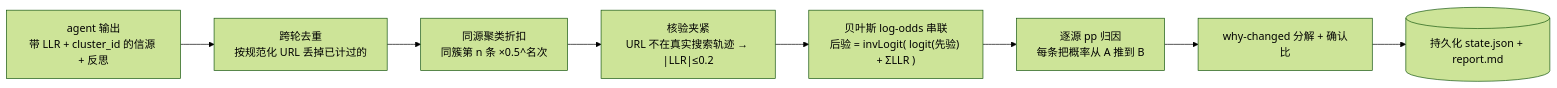
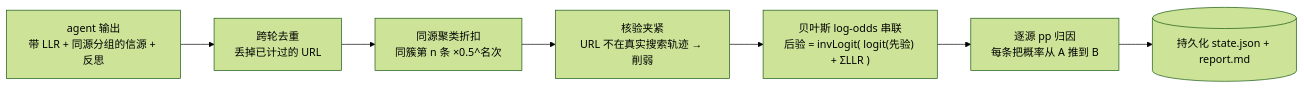
Before and after one commit to Alchemist-X/autonomous-poly-trading: the second of 3 diagrams in scripts/forecast/DIAGRAM.md, drawn with Mermaid (forest theme). The commit also changed other lines of this file, not shown here.

Commit message:
docs(forecast): single overview diagram (4 phases) as primary; detail diagrams to appendix

````diff
--- a/scripts/forecast/DIAGRAM.md
+++ b/scripts/forecast/DIAGRAM.md
@@ -29,10 +83,9 @@
 ```mermaid
 flowchart LR
-    IN["agent 输出<br/>带 LLR + cluster_id 的信源 + 反思"] --> D["跨轮去重<br/>按规范化 URL 丢掉已计过的"]
+    IN["agent 输出<br/>带 LLR + 同源分组的信源 + 反思"] --> D["跨轮去重<br/>丢掉已计过的 URL"]
     D --> CLU["同源聚类折扣<br/>同簇第 n 条 ×0.5^名次"]
-    CLU --> VER["核验夹紧<br/>URL 不在真实搜索轨迹 → |LLR|≤0.2"]
+    CLU --> VER["核验夹紧<br/>URL 不在真实搜索轨迹 → 削弱"]
     VER --> TH["贝叶斯 log-odds 串联<br/>后验 = invLogit( logit(先验) + ΣLLR )"]
     TH --> ATTR["逐源 pp 归因<br/>每条把概率从 A 推到 B"]
-    ATTR --> WHY["why-changed 分解 + 确认比"]
-    WHY --> PS[("持久化 state.json + report.md")]
+    ATTR --> PS[("持久化 state.json + report.md")]
 ```
````
